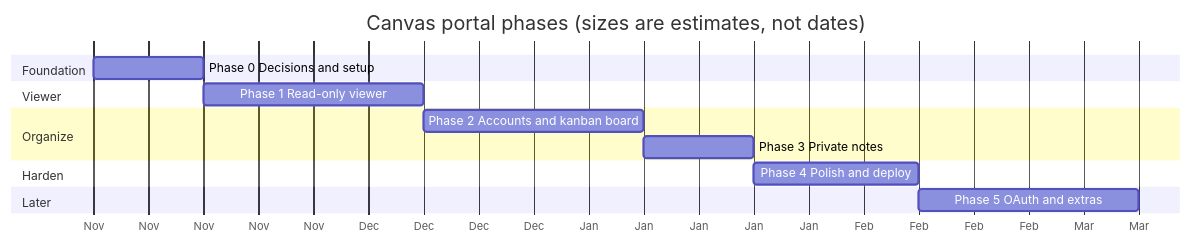
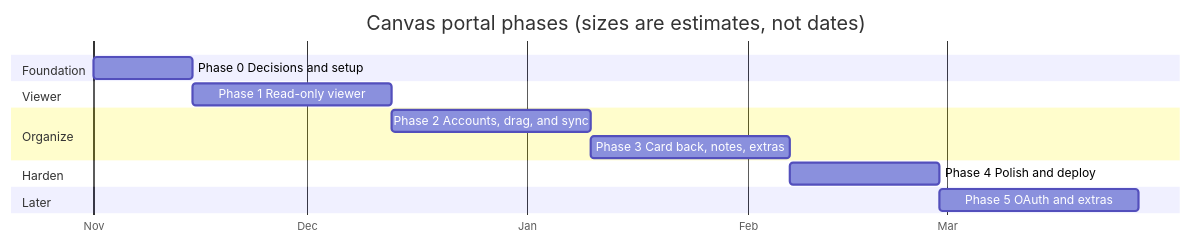
The diagram in docs/canvas-portal/01-roadmap.md (bbranton/TestProj), drawn with Mermaid before and after one commit. The commit also changed other lines of this file and 3 other files, not shown here.

First line of the commit message:
Focus Phase 2 on dragging between lists and sync

````diff
--- a/docs/canvas-portal/01-roadmap.md
+++ b/docs/canvas-portal/01-roadmap.md
@@ -21,17 +21,17 @@
 ```mermaid
 gantt
     title Canvas portal phases (sizes are estimates, not dates)
     dateFormat  YYYY-MM-DD
     axisFormat  %b
     section Foundation
     Phase 0 Decisions and setup      :p0, 2026-11-01, 14d
     section Viewer
     Phase 1 Read-only viewer         :p1, after p0, 28d
     section Organize
-    Phase 2 Accounts and kanban board :p2, after p1, 28d
-    Phase 3 Private notes            :p3, after p2, 14d
+    Phase 2 Accounts, drag, and sync :p2, after p1, 28d
+    Phase 3 Card back, notes, extras :p3, after p2, 28d
     section Harden
     Phase 4 Polish and deploy        :p4, after p3, 21d
     section Later
     Phase 5 OAuth and extras         :p5, after p4, 28d
 ```
````
